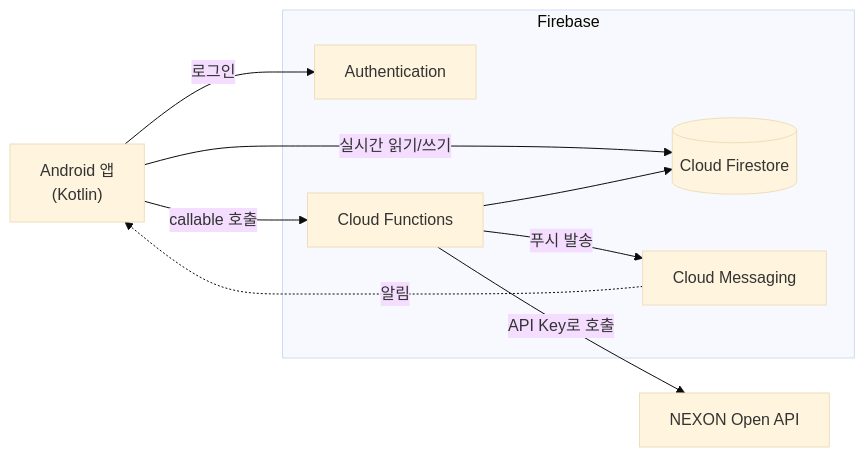
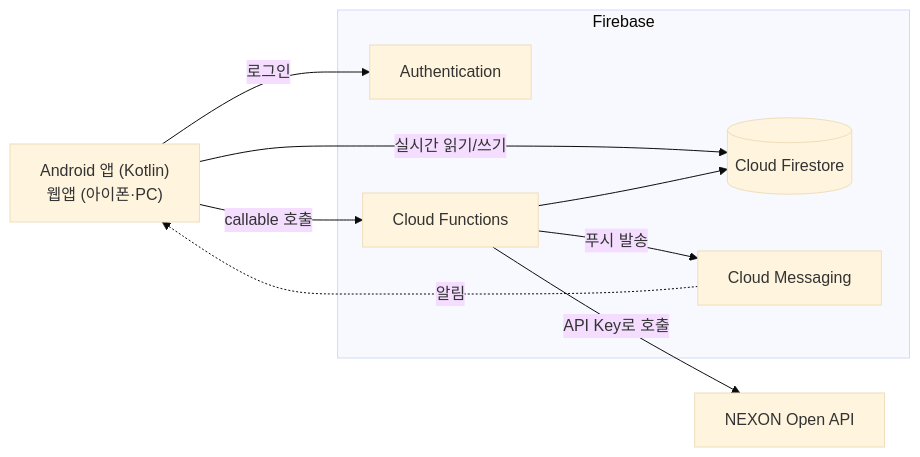
One commit to JHK0826/boss_planner changed the second of 2 diagrams in README.md. Above: the diagram before and after it, drawn with Mermaid (base theme). The commit also changed other lines of this file and 19 other files, not shown here.

````diff
--- a/README.md
+++ b/README.md
@@ -143,19 +143,19 @@
 ```mermaid
 flowchart LR
-    App["Android 앱<br/>(Kotlin)"]
+    App["Android 앱 (Kotlin)<br/>웹앱 (아이폰·PC)"]
     subgraph Firebase
         Auth["Authentication"]
         Fn["Cloud Functions"]
         DB[("Cloud Firestore")]
         FCM["Cloud Messaging"]
     end
     Nexon["NEXON Open API"]
 
     App -- 로그인 --> Auth
     App -- 실시간 읽기/쓰기 --> DB
     App -- callable 호출 --> Fn
     Fn --> DB
     Fn -- API Key로 호출 --> Nexon
     Fn -- 푸시 발송 --> FCM
     FCM -. 알림 .-> App
 ```
````
